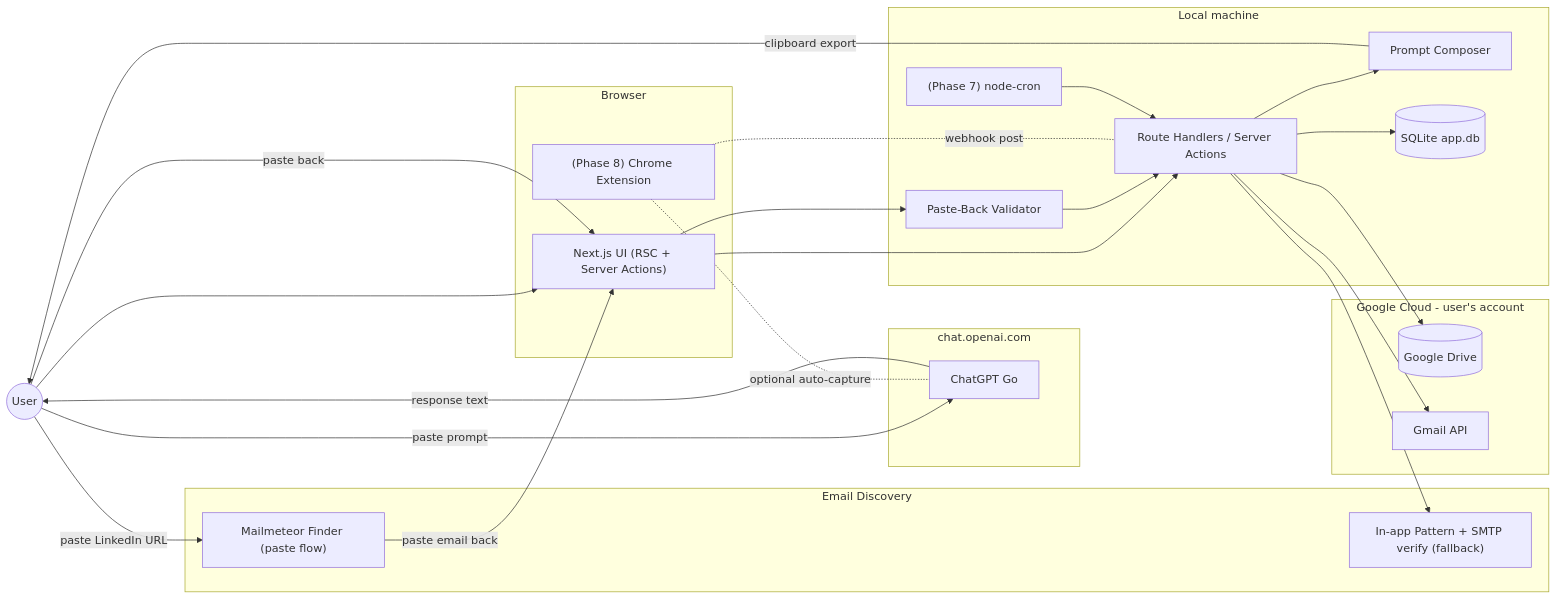
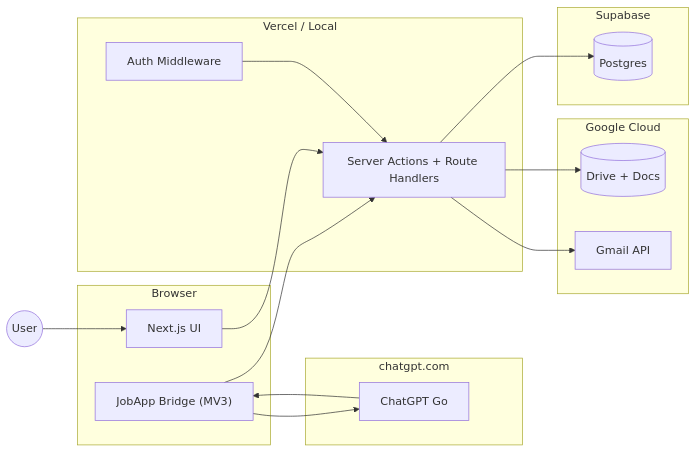
Before and after one commit to anchit98/job_app_automation: the diagram in docs/architecture.md, drawn with Mermaid. The commit also changed other lines of this file and 68 other files, not shown here.

First line of the commit message:
Ship JobApp OS branding, admin recovery, and tighter Home/Quick Apply UX.

````diff
--- a/docs/architecture.md
+++ b/docs/architecture.md
@@ -94,45 +58,32 @@
 ```mermaid
 flowchart LR
     User(("User"))
-    subgraph Client[Browser]
-        UI["Next.js UI (RSC + Server Actions)"]
-        Ext["(Phase 8) Chrome Extension"]
+    subgraph Browser
+        UI["Next.js UI"]
+        Ext["JobApp Bridge (MV3)"]
     end
-    subgraph ChatGPT[chat.openai.com]
+    subgraph ChatGPT[chatgpt.com]
         GPT["ChatGPT Go"]
     end
-    subgraph Local[Local machine]
-        API["Route Handlers / Server Actions"]
-        Composer["Prompt Composer"]
-        Validator["Paste-Back Validator"]
-        SQLite[("SQLite app.db")]
-        Cron["(Phase 7) node-cron"]
+    subgraph Vercel["Vercel / Local"]
+        API["Server Actions + Route Handlers"]
+        Middleware["Auth Middleware"]
     end
-    subgraph Google[Google Cloud - user's account]
-        Drive[("Google Drive")]
+    subgraph Supabase
+        PG[("Postgres")]
+    end
+    subgraph Google["Google Cloud"]
+        Drive[("Drive + Docs")]
         Gmail["Gmail API"]
-    end
-    subgraph Discovery[Email Discovery]
-        Mailmeteor["Mailmeteor Finder (paste flow)"]
-        Pattern["In-app Pattern + SMTP verify (fallback)"]
     end
 
     User --> UI
+    Ext --> GPT
+    GPT --> Ext
+    Ext --> API
     UI --> API
-    API --> Composer
-    Composer -->|"clipboard export"| User
-    User -->|"paste prompt"| GPT
-    GPT -->|"response text"| User
-    User -->|"paste back"| UI
-    UI --> Validator
-    Validator --> API
-    Ext -. "optional auto-capture" .- GPT
-    Ext -. "webhook post" .- API
-    User -->|"paste LinkedIn URL"| Mailmeteor
-    Mailmeteor -->|"paste email back"| UI
-    API --> SQLite
+    Middleware --> API
+    API --> PG
     API --> Drive
-    API --> Pattern
     API --> Gmail
-    Cron --> API
 ```
````
